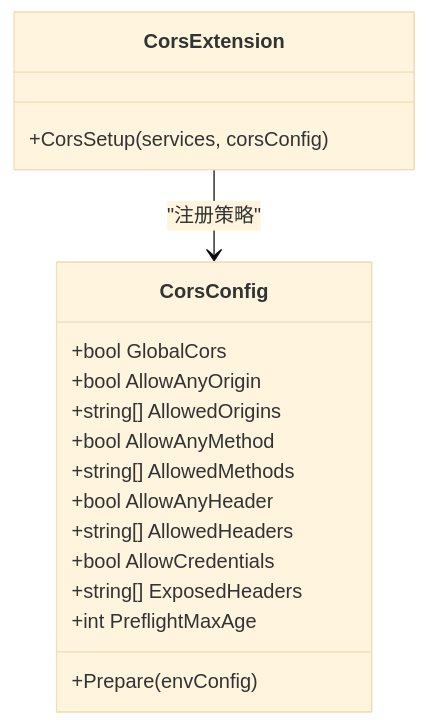
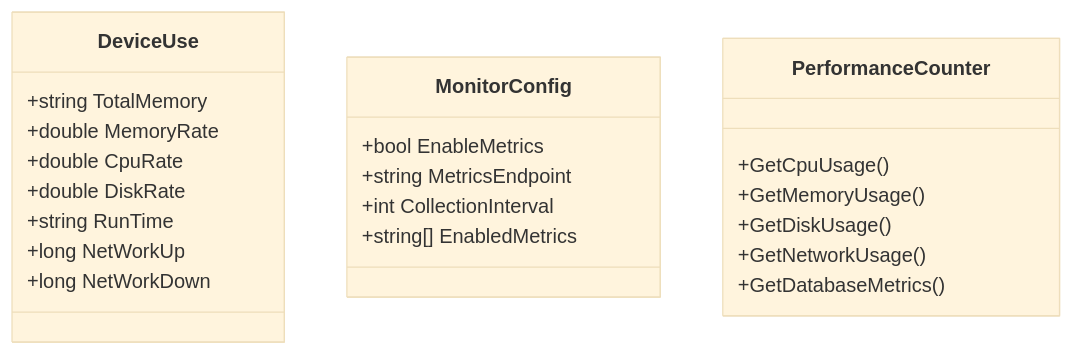
The fourth of 6 diagrams in .qoder/repowiki/zh/content/部署指南/部署指南.md (leadiot/Scm.Net), drawn with Mermaid (base theme) before and after one commit. The commit also changed other lines of this file and 126 other files, not shown here.

````diff
--- a/.qoder/repowiki/zh/content/部署指南/部署指南.md
+++ b/.qoder/repowiki/zh/content/部署指南/部署指南.md
@@ -257,20 +227,25 @@
 ```mermaid
 classDiagram
-class CorsConfig {
-+bool GlobalCors
-+bool AllowAnyOrigin
-+string[] AllowedOrigins
-+bool AllowAnyMethod
-+string[] AllowedMethods
-+bool AllowAnyHeader
-+string[] AllowedHeaders
-+bool AllowCredentials
-+string[] ExposedHeaders
-+int PreflightMaxAge
-+Prepare(envConfig)
+class DeviceUse {
++string TotalMemory
++double MemoryRate
++double CpuRate
++double DiskRate
++string RunTime
++long NetWorkUp
++long NetWorkDown
 }
-class CorsExtension {
-+CorsSetup(services, corsConfig)
+class MonitorConfig {
++bool EnableMetrics
++string MetricsEndpoint
++int CollectionInterval
++string[] EnabledMetrics
 }
-CorsExtension --> CorsConfig : "注册策略"
+class PerformanceCounter {
++GetCpuUsage()
++GetMemoryUsage()
++GetDiskUsage()
++GetNetworkUsage()
++GetDatabaseMetrics()
+}
 ```
````
